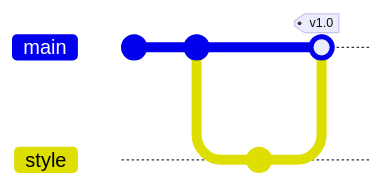
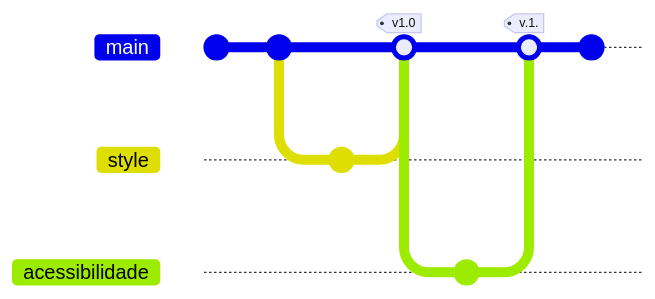
Before and after one commit to f290SI/tecprog2: the diagram in css/README.md, drawn with Mermaid. Commit ids are hidden.

Commit message:
ajuste readme

````diff
--- a/css/README.md
+++ b/css/README.md
@@ -1,9 +1,14 @@
 ```mermaid
     gitGraph
         commit
         commit
         branch style
         commit
         checkout main
         merge style tag: "v1.0"
+        branch acessibilidade
+        commit
+        checkout main
+        merge acessibilidade tag: "v.1."
+        commit
 ```
````
